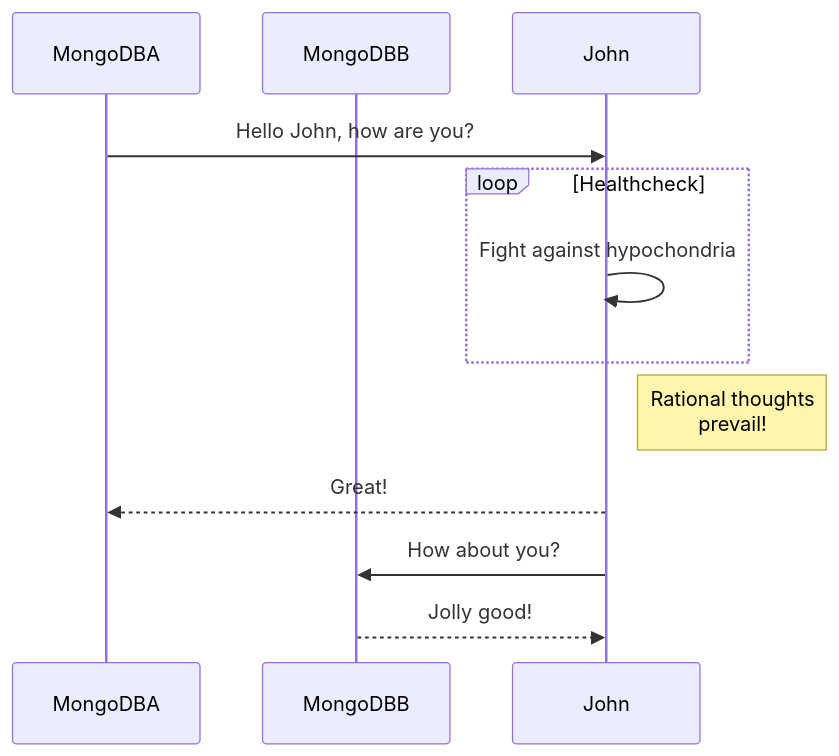
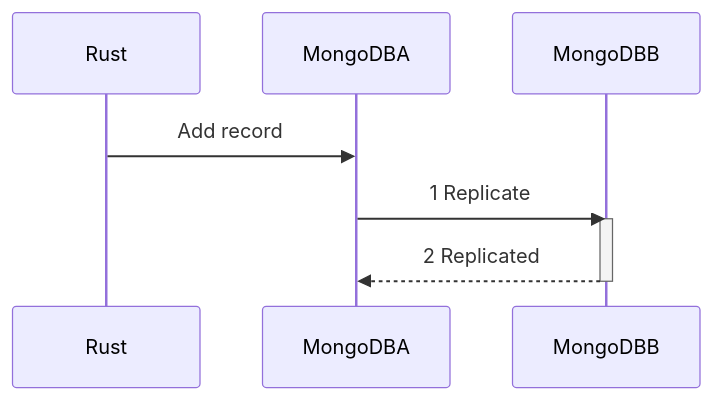
One commit to MarcoLuglio/kubernetes-mongodb changed the diagram in README.md. Above: the diagram before and after it, drawn with Mermaid.

Commit message:
Updating to simple replication diagram

````diff
--- a/README.md
+++ b/README.md
@@ -6,13 +4,15 @@
 ```mermaid
 sequenceDiagram
+
+%% Download mermaid diagram extension to view the sequence below.
+
+participant Rust
 participant MongoDBA
 participant MongoDBB
-MongoDBA->>John: Hello John, how are you?
-loop Healthcheck
-	John->>John: Fight against hypochondria
-end
-Note right of John: Rational thoughts <br/>prevail!
-John-->>MongoDBA: Great!
-John->>MongoDBB: How about you?
-MongoDBB-->>John: Jolly good!
+
+Rust->>MongoDBA: Add record
+MongoDBA->>MongoDBB: 1 Replicate
+activate MongoDBB
+MongoDBB-->>MongoDBA: 2 Replicated
+deactivate MongoDBB
 ```
````
